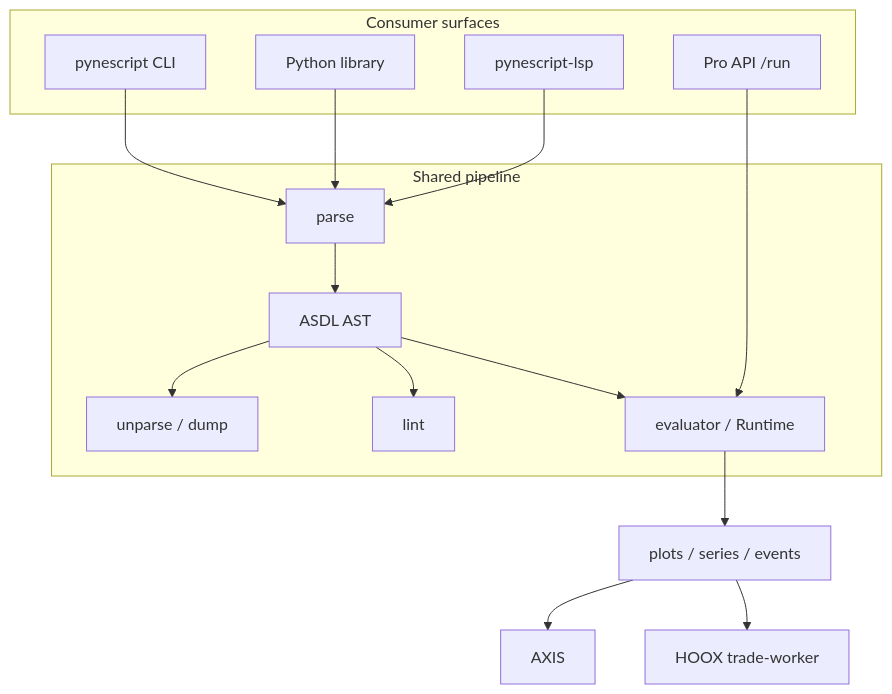
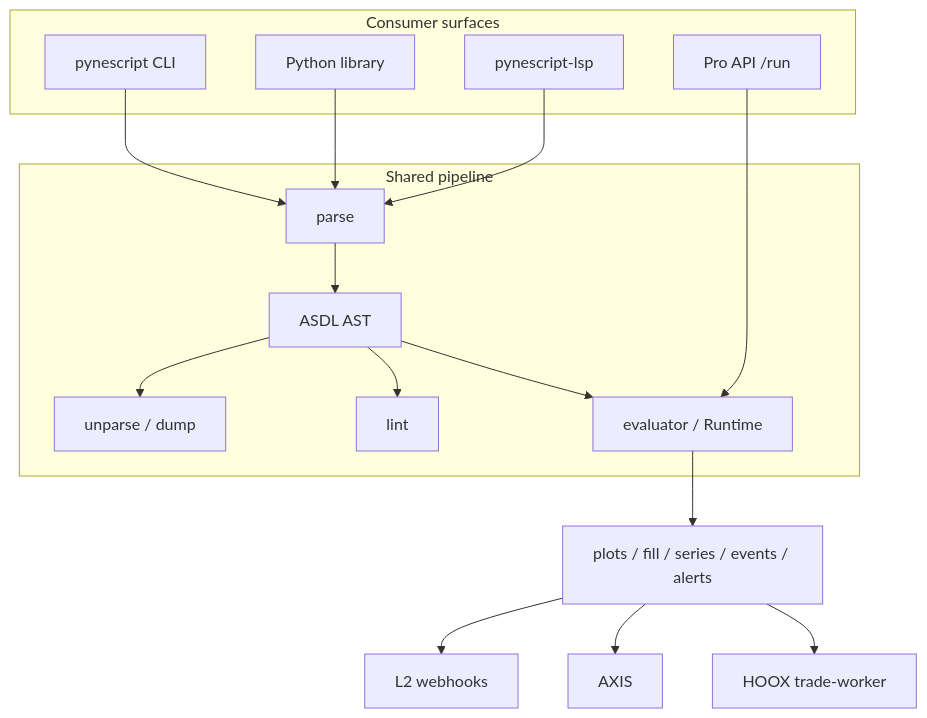
Before and after one commit to hoox-sh/pyne: the diagram in docs/pyne/enduser/index.mdx, drawn with Mermaid. The commit also changed other lines of this file and 33 other files, not shown here.

````diff
--- a/docs/pyne/enduser/index.mdx
+++ b/docs/pyne/enduser/index.mdx
@@ -45,27 +46,28 @@
 ```mermaid
 flowchart TB
   subgraph consumers [Consumer surfaces]
     CLI[pynescript CLI]
     LIB[Python library]
     LSP[pynescript-lsp]
     HTTP[Pro API /run]
   end
   subgraph pipeline [Shared pipeline]
     P[parse]
     A[ASDL AST]
     U[unparse / dump]
     L[lint]
     E[evaluator / Runtime]
   end
   CLI --> P
   LIB --> P
   LSP --> P
   HTTP --> E
   P --> A
   A --> U
   A --> L
   A --> E
-  E --> OUT[plots / series / events]
+  E --> OUT[plots / fill / series / events / alerts]
+  OUT --> WH[L2 webhooks]
   OUT --> AXIS[AXIS]
   OUT --> HOOX[HOOX trade-worker]
 ```
````
